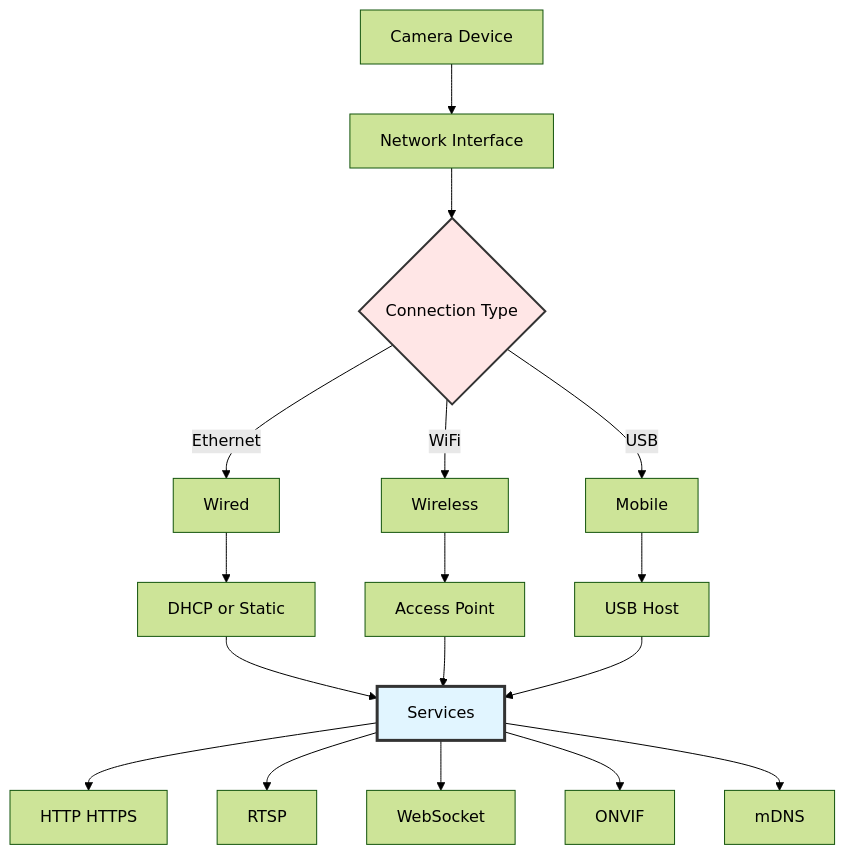
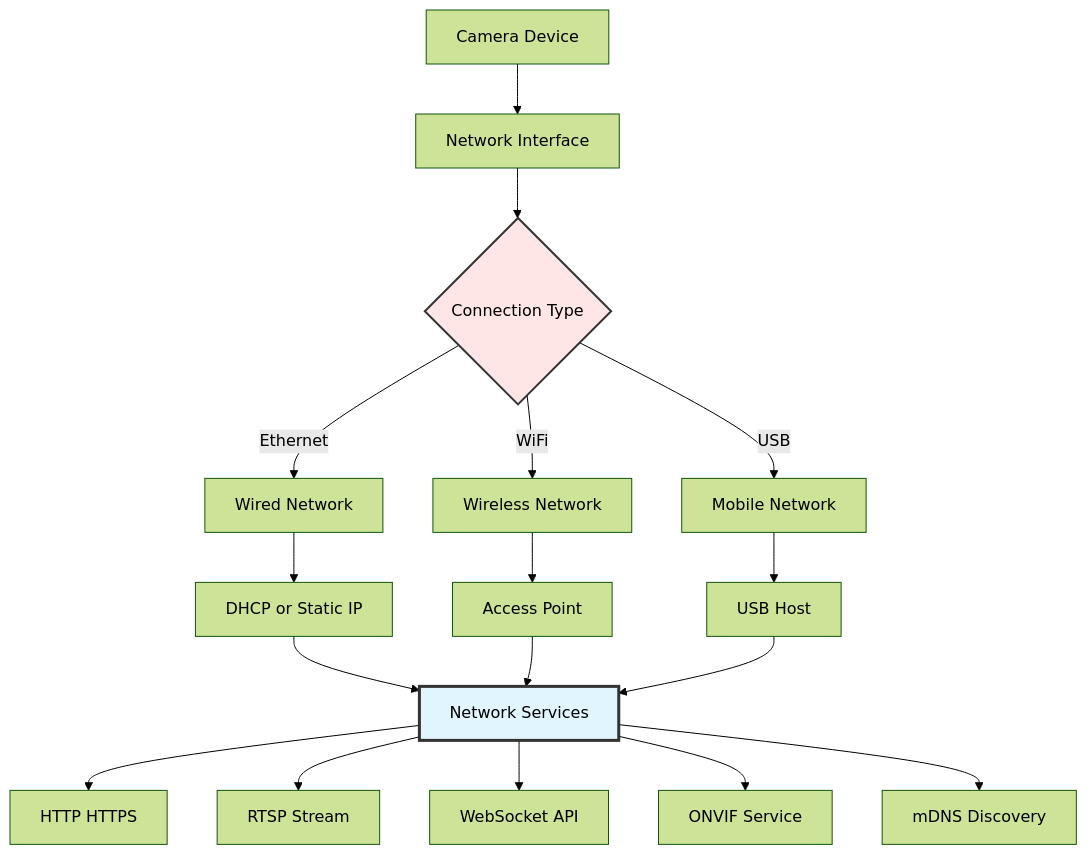
Before and after one commit to JayeshKakkad-Rotoclear/Rotoclear-C-Pro-Docs: the diagram in docs/configuration/network.md, drawn with Mermaid (forest theme). The commit also changed 12 other files, not shown here.

Commit message:
Fix all Mermaid diagrams with proper complete labels - Fixed text bundling issues by using proper full labels - Removed overly abbreviated text that caused code formatting - All node labels now properly display without being truncated - Maintained readability while ensuring proper Mermaid parsing

````diff
--- a/docs/configuration/network.md
+++ b/docs/configuration/network.md
@@ -9,26 +9,26 @@
 ```mermaid
 graph TB
     A[Camera Device] --> B[Network Interface]
     B --> C{Connection Type}
     
-    C -->|Ethernet| D[Wired]
-    C -->|WiFi| E[Wireless]
-    C -->|USB| F[Mobile]
+    C -->|Ethernet| D[Wired Network]
+    C -->|WiFi| E[Wireless Network]
+    C -->|USB| F[Mobile Network]
     
-    D --> G[DHCP or Static]
+    D --> G[DHCP or Static IP]
     E --> H[Access Point]
     F --> I[USB Host]
     
-    G --> J[Services]
+    G --> J[Network Services]
     H --> J
     I --> J
     
     J --> K[HTTP HTTPS]
-    J --> L[RTSP]
-    J --> M[WebSocket]
-    J --> N[ONVIF]
-    J --> O[mDNS]
+    J --> L[RTSP Stream]
+    J --> M[WebSocket API]
+    J --> N[ONVIF Service]
+    J --> O[mDNS Discovery]
     
     style C fill:#ffe6e6,stroke:#333,stroke-width:2px
     style J fill:#e1f5ff,stroke:#333,stroke-width:3px
 ```
````
